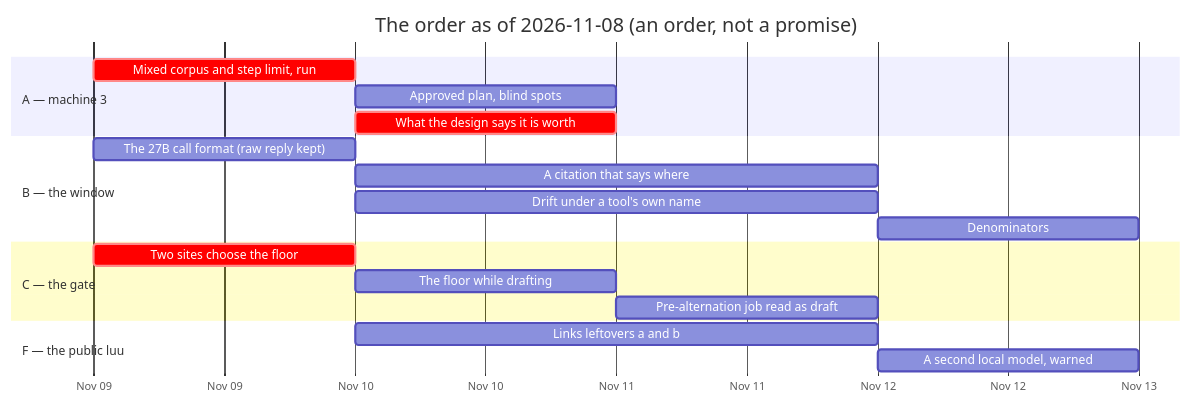
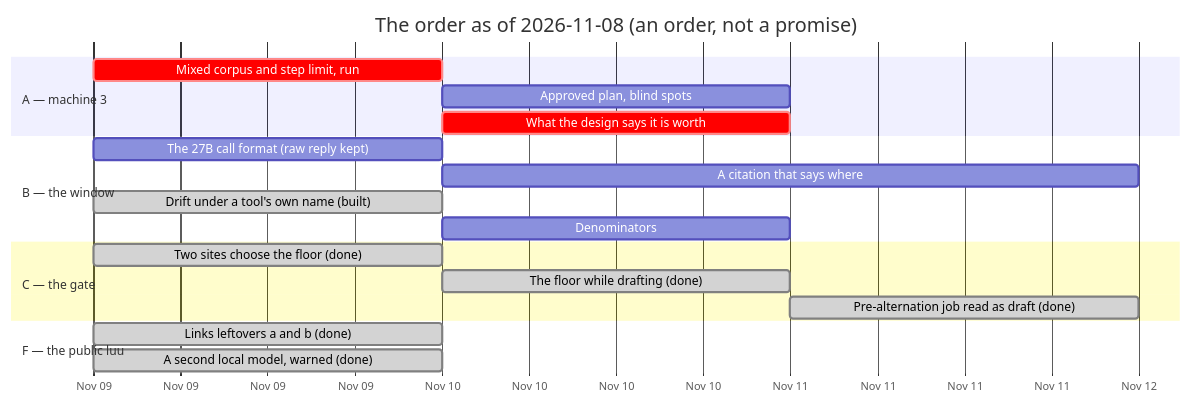
Before and after one commit to jgermade/luu: the diagram in ROADMAP/2026-11-08/README.md, drawn with Mermaid. The commit also changed other lines of this file and 62 other files, not shown here.

First line of the commit message:
Roadmap rows 7, 21, 43–45, 52, 54, 72–73: fold behind, always in this project, [host.*] removed (#77)

````diff
--- a/ROADMAP/2026-11-08/README.md
+++ b/ROADMAP/2026-11-08/README.md
@@ -161,22 +172,22 @@
 ```mermaid
 gantt
     title The order as of 2026-11-08 (an order, not a promise)
     dateFormat YYYY-MM-DD
     axisFormat %b %d
     section A — machine 3
     Mixed corpus and step limit, run       :crit, run, 2026-11-09, 1d
     Approved plan, blind spots             :appr, after run, 1d
     What the design says it is worth       :crit, claim, after run, 1d
     section B — the window
     The 27B call format (raw reply kept)   :fmt, 2026-11-09, 1d
     A citation that says where             :ptr, after run, 2d
-    Drift under a tool's own name          :drift, after fmt, 2d
+    Drift under a tool's own name (built)  :done, drift, 2026-11-09, 1d
     Denominators                           :tally, after drift, 1d
     section C — the gate
-    Two sites choose the floor             :crit, sites, 2026-11-09, 1d
-    The floor while drafting               :floor, after sites, 1d
-    Pre-alternation job read as draft      :prealt, after floor, 1d
+    Two sites choose the floor (done)      :done, sites, 2026-11-09, 1d
+    The floor while drafting (done)        :done, floor, after sites, 1d
+    Pre-alternation job read as draft (done) :done, prealt, after floor, 1d
     section F — the public luu
-    Links leftovers a and b                :links, 2026-11-10, 2d
-    A second local model, warned           :mem, after links, 1d
+    Links leftovers a and b (done)         :done, links, 2026-11-09, 1d
+    A second local model, warned (done)    :done, mem, 2026-11-09, 1d
 ```
````
